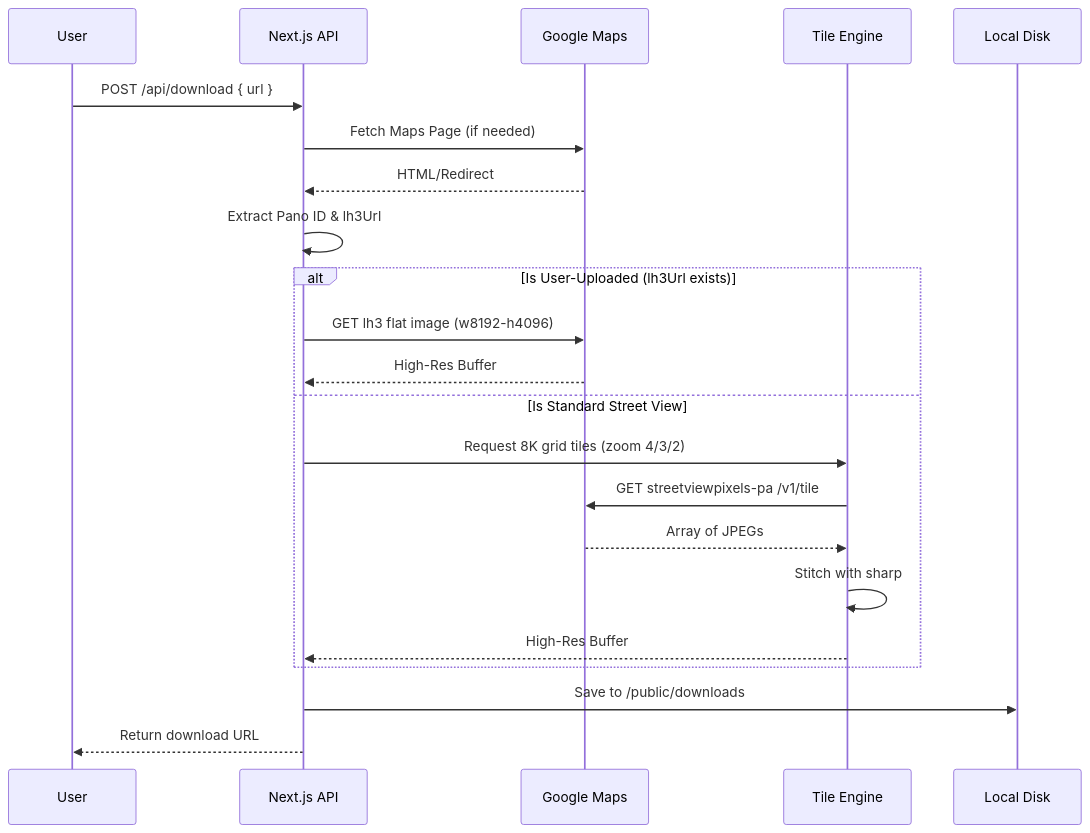
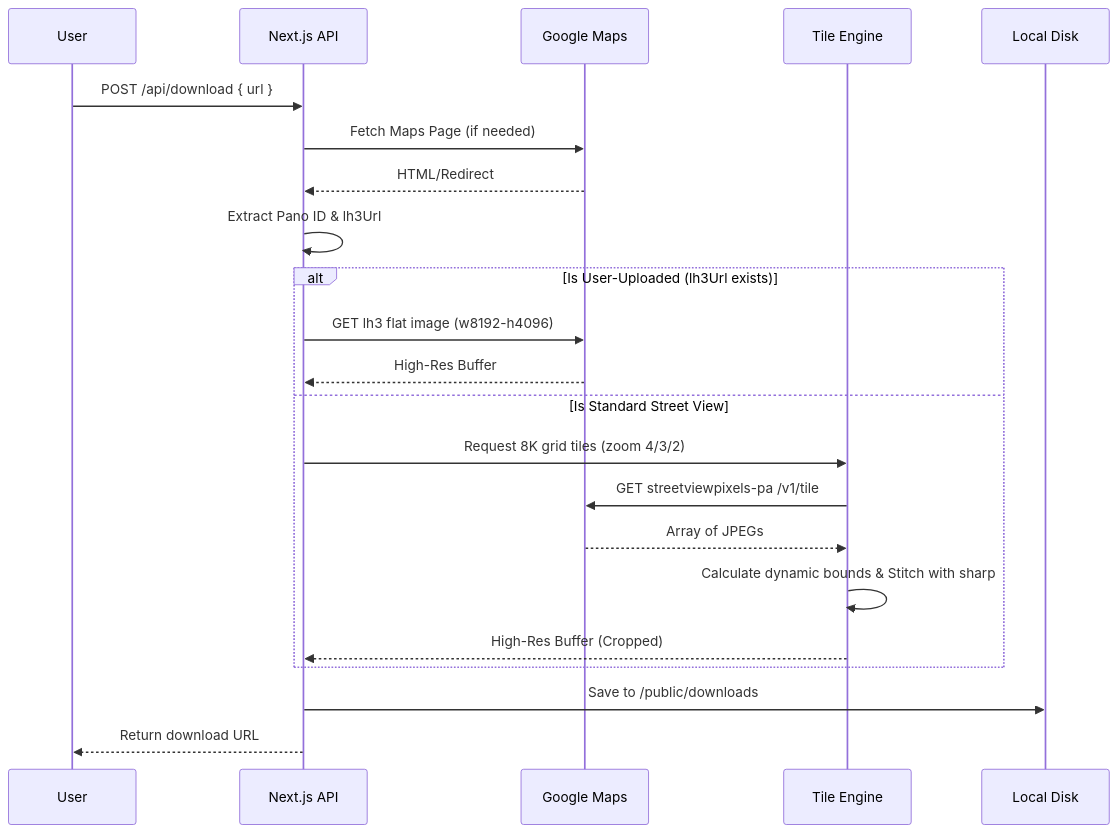
The diagram in README.md (Abubakkar-Khan/PanoFetch), drawn with Mermaid before and after one commit. The commit also changed other lines of this file and 5 other files, not shown here.

````diff
--- a/README.md
+++ b/README.md
@@ -15,26 +32,26 @@
 ```mermaid
 sequenceDiagram
     participant User
     participant Next.js API
     participant Google Maps
     participant Tile Engine
 
     User->>Next.js API: POST /api/download { url }
     Next.js API->>Google Maps: Fetch Maps Page (if needed)
     Google Maps-->>Next.js API: HTML/Redirect
     Next.js API->>Next.js API: Extract Pano ID & lh3Url
 
     alt Is User-Uploaded (lh3Url exists)
         Next.js API->>Google Maps: GET lh3 flat image (w8192-h4096)
         Google Maps-->>Next.js API: High-Res Buffer
     else Is Standard Street View
         Next.js API->>Tile Engine: Request 8K grid tiles (zoom 4/3/2)
         Tile Engine->>Google Maps: GET streetviewpixels-pa /v1/tile
         Google Maps-->>Tile Engine: Array of JPEGs
-        Tile Engine->>Tile Engine: Stitch with sharp
-        Tile Engine-->>Next.js API: High-Res Buffer
+        Tile Engine->>Tile Engine: Calculate dynamic bounds & Stitch with sharp
+        Tile Engine-->>Next.js API: High-Res Buffer (Cropped)
     end
 
     Next.js API->>Local Disk: Save to /public/downloads
     Next.js API-->>User: Return download URL
 ```
````
